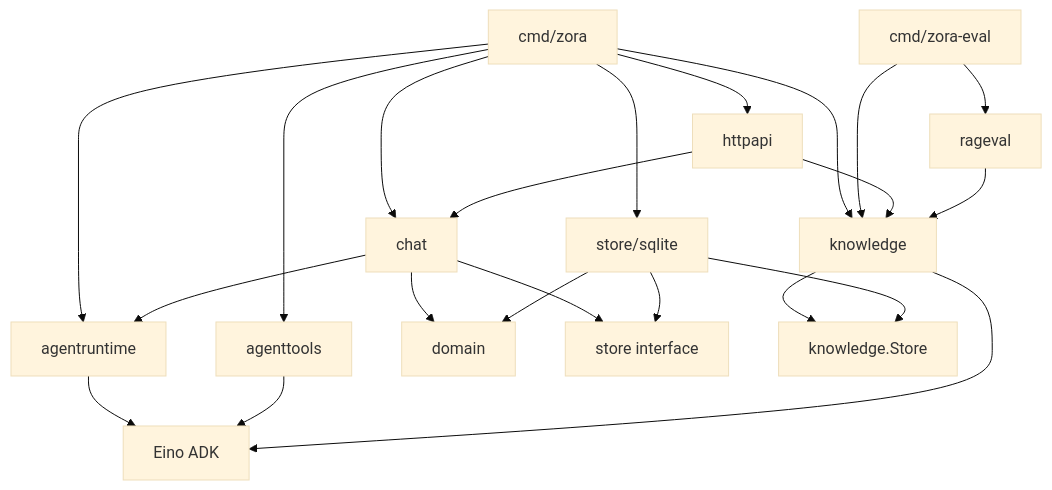
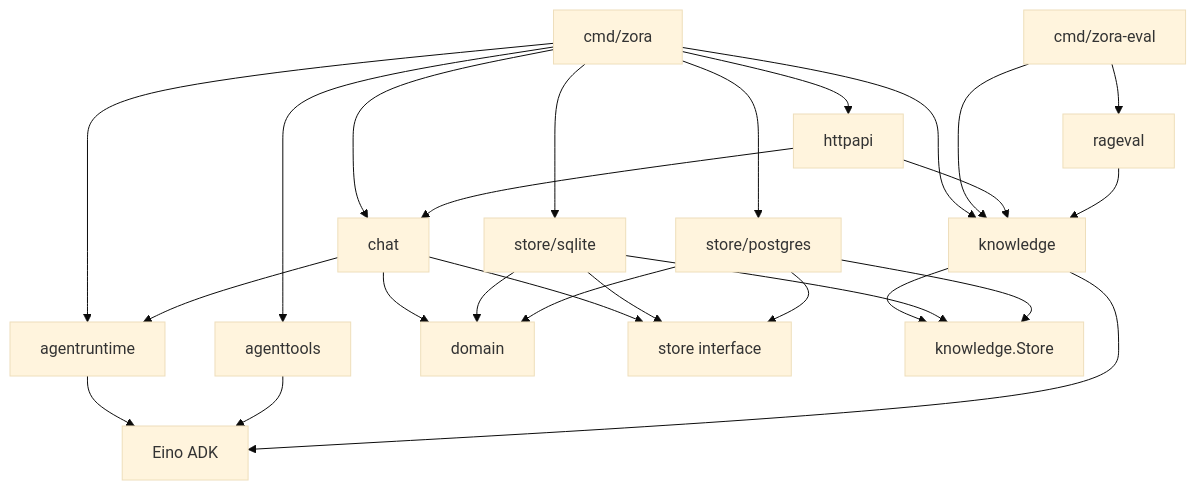
The first of 6 diagrams in docs/technical-design.md (zora-DD/zora), drawn with Mermaid (base theme) before and after one commit. The commit also changed other lines of this file and 23 other files, not shown here.

````diff
--- a/docs/technical-design.md
+++ b/docs/technical-design.md
@@ -47,24 +49,28 @@
 ```mermaid
 flowchart TD
     Main["cmd/zora"] --> HTTP["httpapi"]
     Main --> Chat["chat"]
     Main --> Runtime["agentruntime"]
     Main --> SQLite["store/sqlite"]
+    Main --> Postgres["store/postgres"]
     Main --> Tools["agenttools"]
     Main --> Knowledge["knowledge"]
     Eval["cmd/zora-eval"] --> RAGEval["rageval"]
     Eval --> Knowledge
     HTTP --> Chat
     HTTP --> Knowledge
     Chat --> Domain["domain"]
     Chat --> Store["store interface"]
     Chat --> Runtime
     Runtime --> Eino["Eino ADK"]
     Tools --> Eino
     Knowledge --> Eino
     Knowledge --> KStore["knowledge.Store"]
     RAGEval --> Knowledge
     SQLite --> Store
     SQLite --> KStore
     SQLite --> Domain
+    Postgres --> Store
+    Postgres --> KStore
+    Postgres --> Domain
 ```
````
